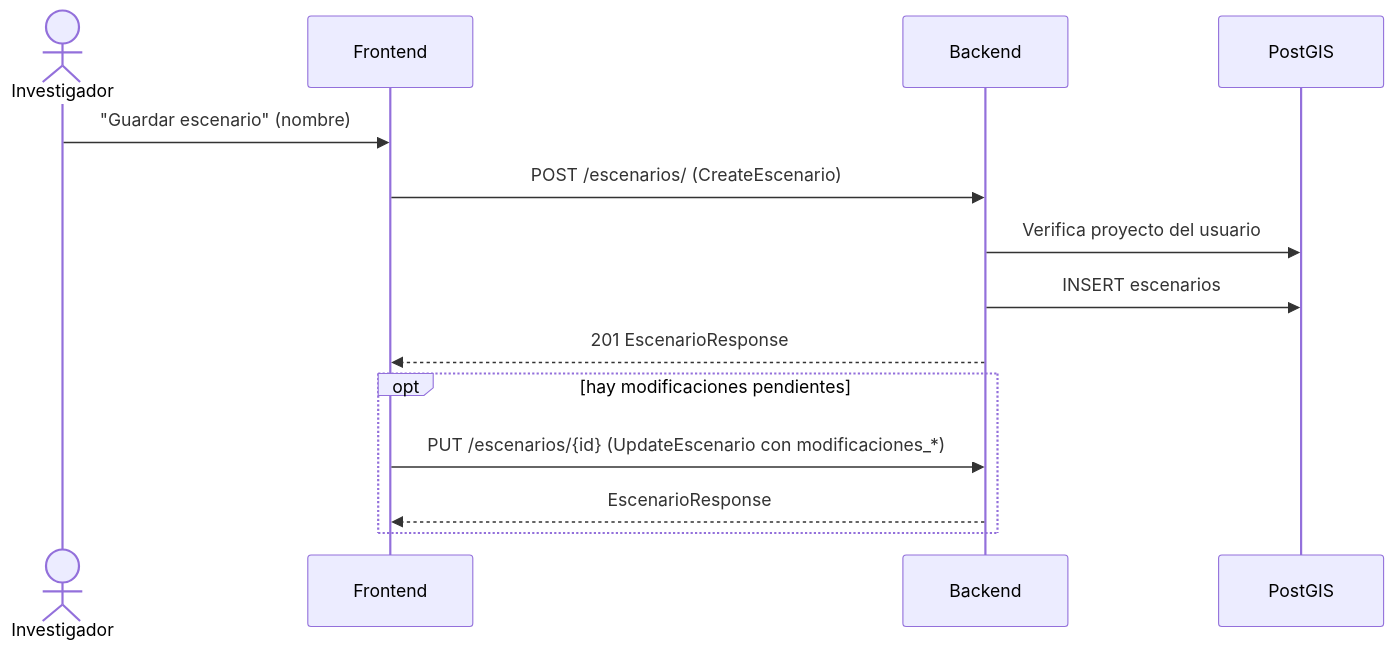
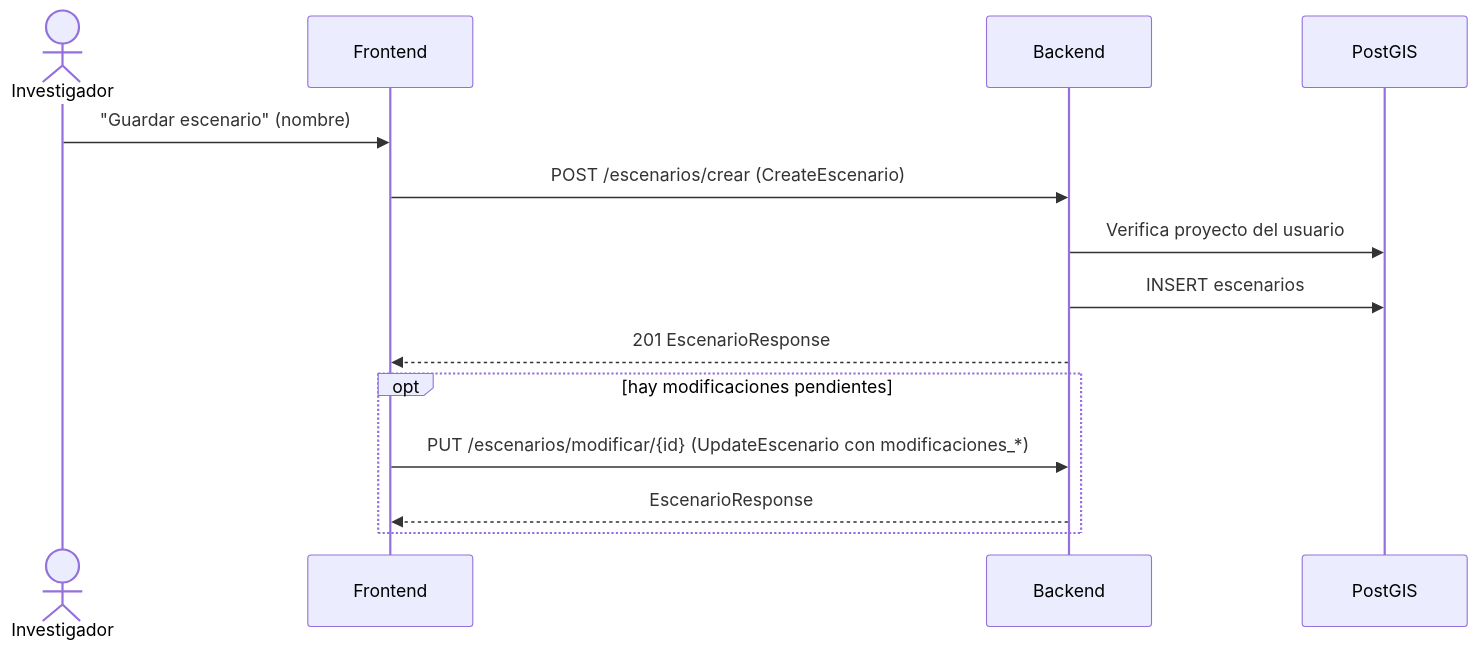
Before and after one commit to DMau1420/TranSystem-Twins: the tenth of 16 diagrams in casosdeusocorregido.md, drawn with Mermaid. The commit also changed other lines of this file and 5 other files, not shown here.

````diff
--- a/casosdeusocorregido.md
+++ b/casosdeusocorregido.md
@@ -673,16 +653,16 @@
 ```mermaid
 sequenceDiagram
     actor U as Investigador
     participant FE as Frontend
     participant BE as Backend
     participant DB as PostGIS
     U->>FE: "Guardar escenario" (nombre)
-    FE->>BE: POST /escenarios/ (CreateEscenario)
+    FE->>BE: POST /escenarios/crear (CreateEscenario)
     BE->>DB: Verifica proyecto del usuario
     BE->>DB: INSERT escenarios
     BE-->>FE: 201 EscenarioResponse
     opt hay modificaciones pendientes
-        FE->>BE: PUT /escenarios/{id} (UpdateEscenario con modificaciones_*)
+        FE->>BE: PUT /escenarios/modificar/{id} (UpdateEscenario con modificaciones_*)
         BE-->>FE: EscenarioResponse
     end
 ```
````
